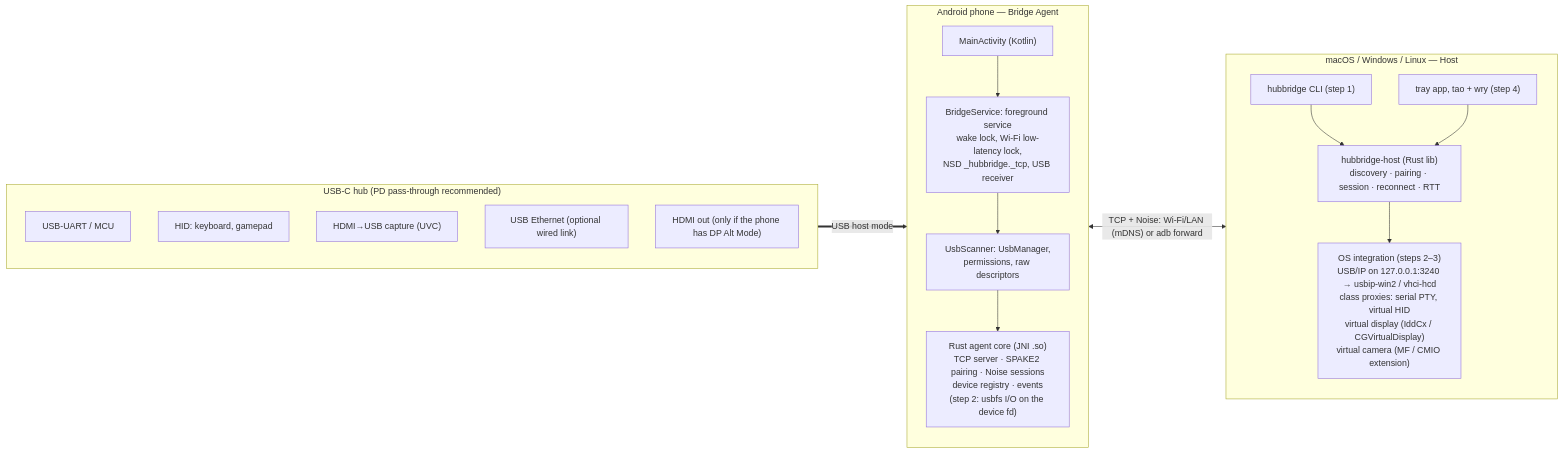
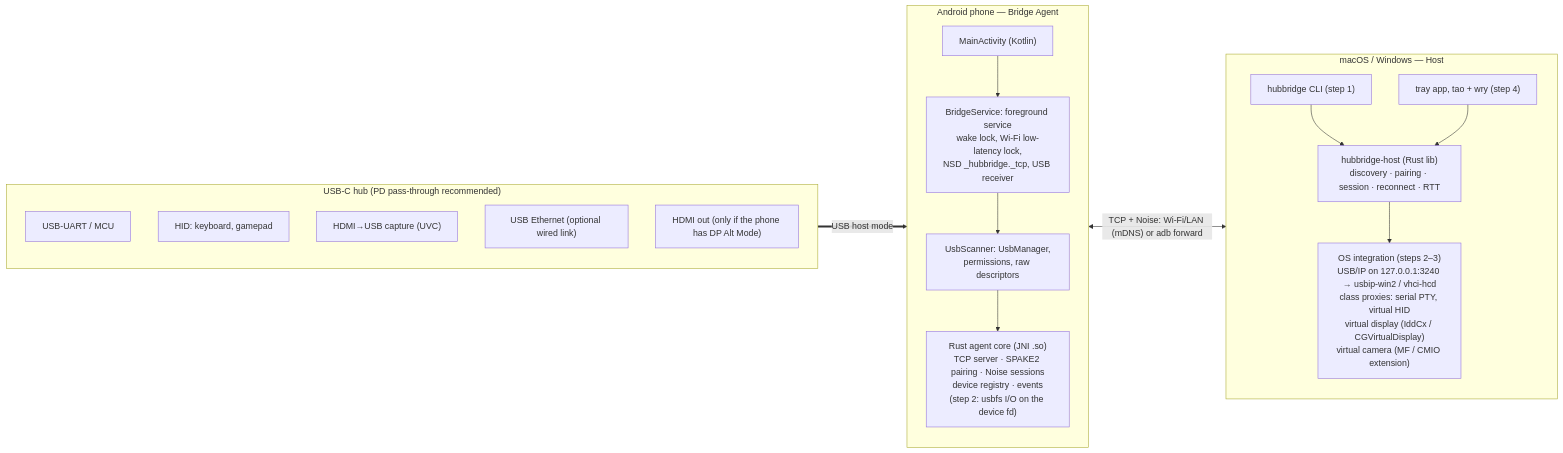
The diagram in docs/ARCHITECTURE.md (DeMoZ/HubBridge), drawn with Mermaid before and after one commit. The commit also changed other lines of this file and 6 other files, not shown here.

First line of the commit message:
No Linux builds of the desktop app: Linux CI checks only the libraries and CLI

````diff
--- a/docs/ARCHITECTURE.md
+++ b/docs/ARCHITECTURE.md
@@ -7,33 +7,33 @@
 ```mermaid
 flowchart LR
   subgraph Hub["USB-C hub (PD pass-through recommended)"]
     UART["USB-UART / MCU"]
     HID["HID: keyboard, gamepad"]
     CAP["HDMI→USB capture (UVC)"]
     ETH["USB Ethernet (optional wired link)"]
     HDMI["HDMI out (only if the phone has DP Alt Mode)"]
   end
 
   subgraph Phone["Android phone — Bridge Agent"]
     direction TB
     UI["MainActivity (Kotlin)"]
     SVC["BridgeService: foreground service<br/>wake lock, Wi-Fi low-latency lock,<br/>NSD _hubbridge._tcp, USB receiver"]
     SCAN["UsbScanner: UsbManager,<br/>permissions, raw descriptors"]
     CORE["Rust agent core (JNI .so)<br/>TCP server · SPAKE2 pairing · Noise sessions<br/>device registry · events<br/>(step 2: usbfs I/O on the device fd)"]
     UI --> SVC --> SCAN --> CORE
   end
 
-  subgraph Desktop["macOS / Windows / Linux — Host"]
+  subgraph Desktop["macOS / Windows — Host"]
     direction TB
     HOSTLIB["hubbridge-host (Rust lib)<br/>discovery · pairing · session · reconnect · RTT"]
     CLI["hubbridge CLI (step 1)"]
     GUI["tray app, tao + wry (step 4)"]
     OSI["OS integration (steps 2–3)<br/>USB/IP on 127.0.0.1:3240 → usbip-win2 / vhci-hcd<br/>class proxies: serial PTY, virtual HID<br/>virtual display (IddCx / CGVirtualDisplay)<br/>virtual camera (MF / CMIO extension)"]
     CLI --> HOSTLIB
     GUI --> HOSTLIB
     HOSTLIB --> OSI
   end
 
   Hub == "USB host mode" ==> Phone
   CORE <-- "TCP + Noise: Wi-Fi/LAN (mDNS) or adb forward" --> HOSTLIB
 ```
````
